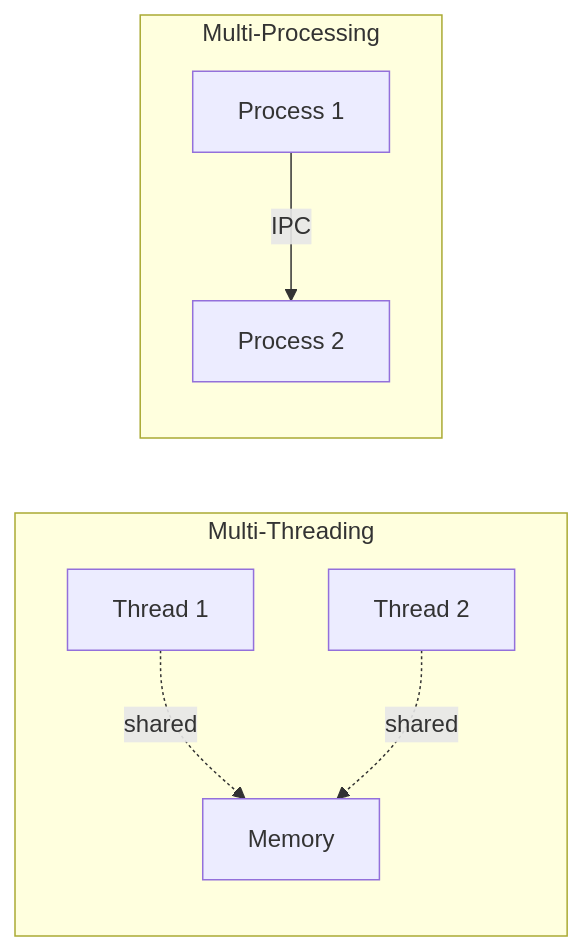
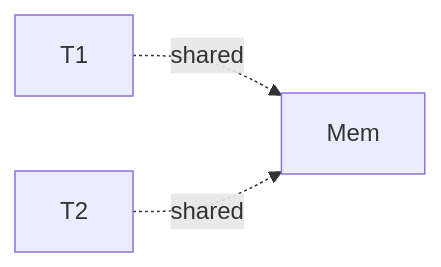
Before and after one commit to t4d-gmbh/researchSoftwareEngineering: the first of 3 diagrams in source/content/primerParallelism/implementationApproaches.md, drawn with Mermaid. The commit also changed other lines of this file and 1 other file, not shown here.

Commit message:
added mmd extension and fixed mermaid diagram

````diff
--- a/source/content/primerParallelism/implementationApproaches.md
+++ b/source/content/primerParallelism/implementationApproaches.md
@@ -35,11 +18,5 @@
 ```{mermaid}
 graph LR
-    subgraph "Multi-Threading"
-    T1[Thread 1] -.shared.-> M[Memory]
-    T2[Thread 2] -.shared.-> M
-    end
-    
-    subgraph "Multi-Processing"
-    P1[Process 1] -->|IPC| P2[Process 2]
-    end
+    T1[T1] -.shared.-> M[Mem]
+    T2[T2] -.shared.-> M
 ```
````
